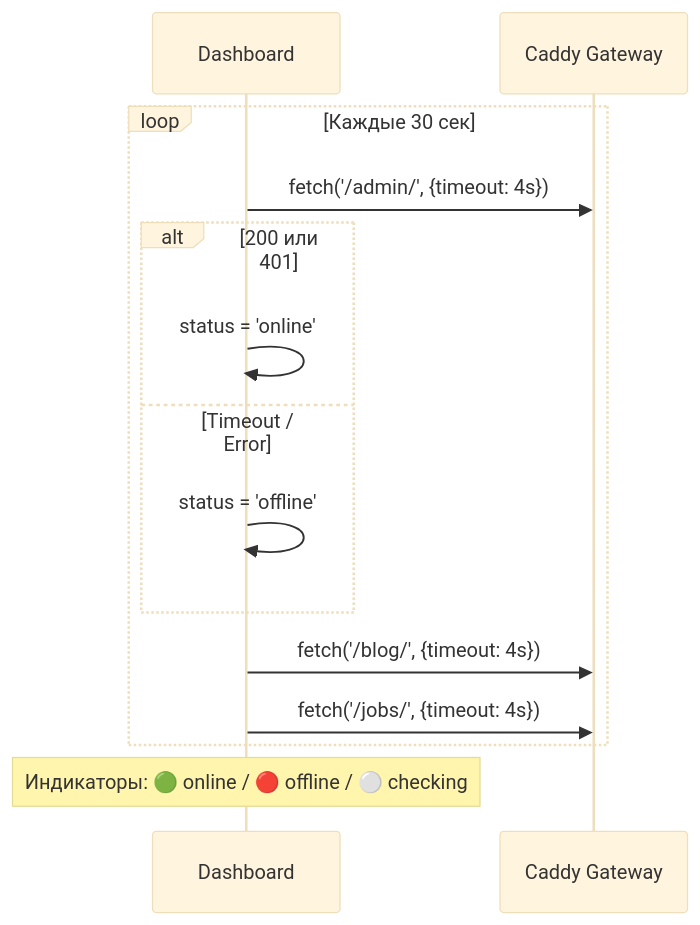
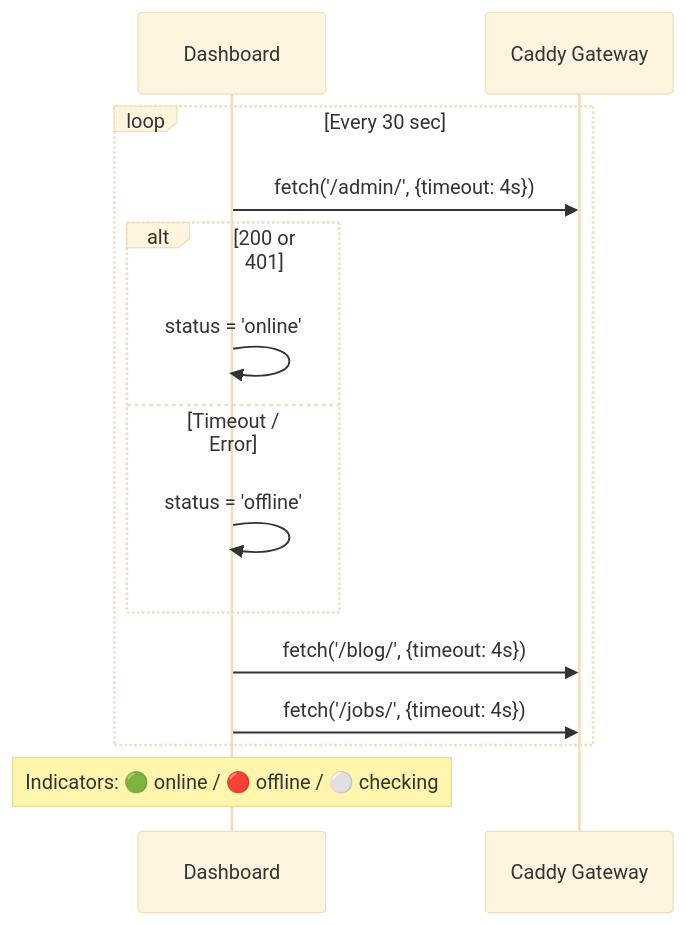
One commit to Finc8888/Dashboard changed diagram 12 of 13 in ARCHITECTURE.md. Above: the diagram before and after it, drawn with Mermaid (base theme). The commit also changed other lines of this file and 4 other files, not shown here.

````diff
--- a/ARCHITECTURE.md
+++ b/ARCHITECTURE.md
@@ -740,19 +740,19 @@
 ```mermaid
 sequenceDiagram
     participant D as Dashboard
     participant GW as Caddy Gateway
 
-    loop Каждые 30 сек
+    loop Every 30 sec
         D->>GW: fetch('/admin/', {timeout: 4s})
-        alt 200 или 401
+        alt 200 or 401
             D->>D: status = 'online'
         else Timeout / Error
             D->>D: status = 'offline'
         end
 
         D->>GW: fetch('/blog/', {timeout: 4s})
         D->>GW: fetch('/jobs/', {timeout: 4s})
     end
 
-    Note over D: Индикаторы: 🟢 online / 🔴 offline / ⚪ checking
+    Note over D: Indicators: 🟢 online / 🔴 offline / ⚪ checking
 ```
````
